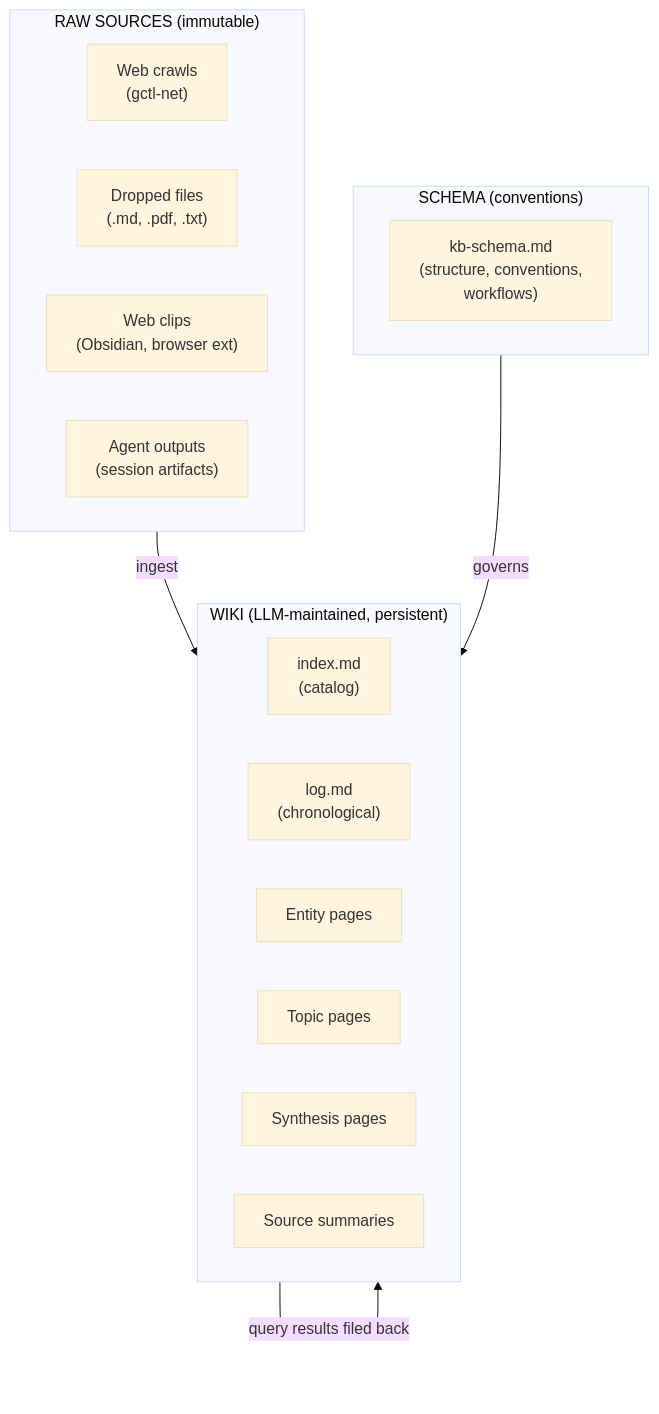
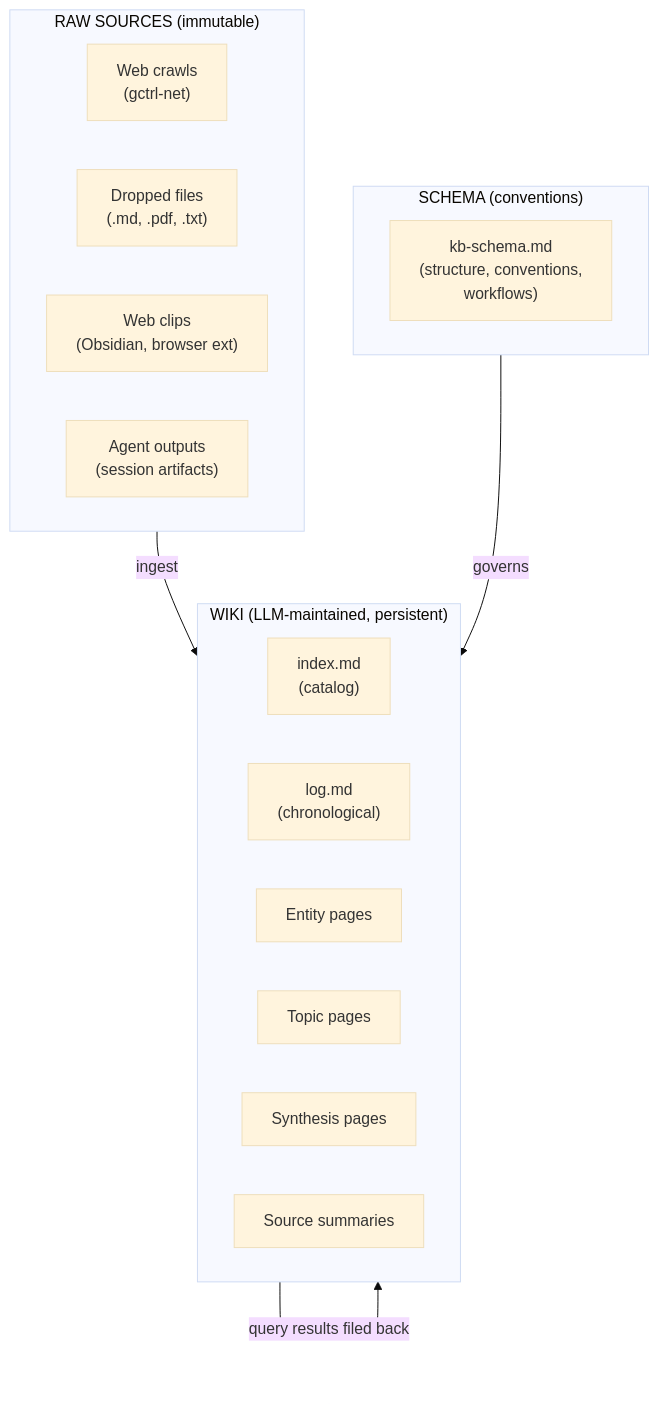
The diagram in specs/architecture/kernel/knowledgebase.md (OpenHackersClub/gctrl), drawn with Mermaid (base theme) before and after one commit. The commit also changed other lines of this file and 360 other files, not shown here.

First line of the commit message:
refactor: rename brand gctl → gctrl across repo

````diff
--- a/specs/architecture/kernel/knowledgebase.md
+++ b/specs/architecture/kernel/knowledgebase.md
@@ -19,26 +19,26 @@
 ```mermaid
 flowchart TB
   subgraph Sources["RAW SOURCES (immutable)"]
-    Crawls["Web crawls\n(gctl-net)"]
+    Crawls["Web crawls\n(gctrl-net)"]
     Files["Dropped files\n(.md, .pdf, .txt)"]
     Clips["Web clips\n(Obsidian, browser ext)"]
     Agents["Agent outputs\n(session artifacts)"]
   end
 
   subgraph Wiki["WIKI (LLM-maintained, persistent)"]
     Index["index.md\n(catalog)"]
     Log["log.md\n(chronological)"]
     Entities["Entity pages"]
     Topics["Topic pages"]
     Synth["Synthesis pages"]
     Sources2["Source summaries"]
   end
 
   subgraph Schema["SCHEMA (conventions)"]
     Config["kb-schema.md\n(structure, conventions,\nworkflows)"]
   end
 
   Sources -->|"ingest"| Wiki
   Schema -->|"governs"| Wiki
   Wiki -->|"query results filed back"| Wiki
 ```
````
